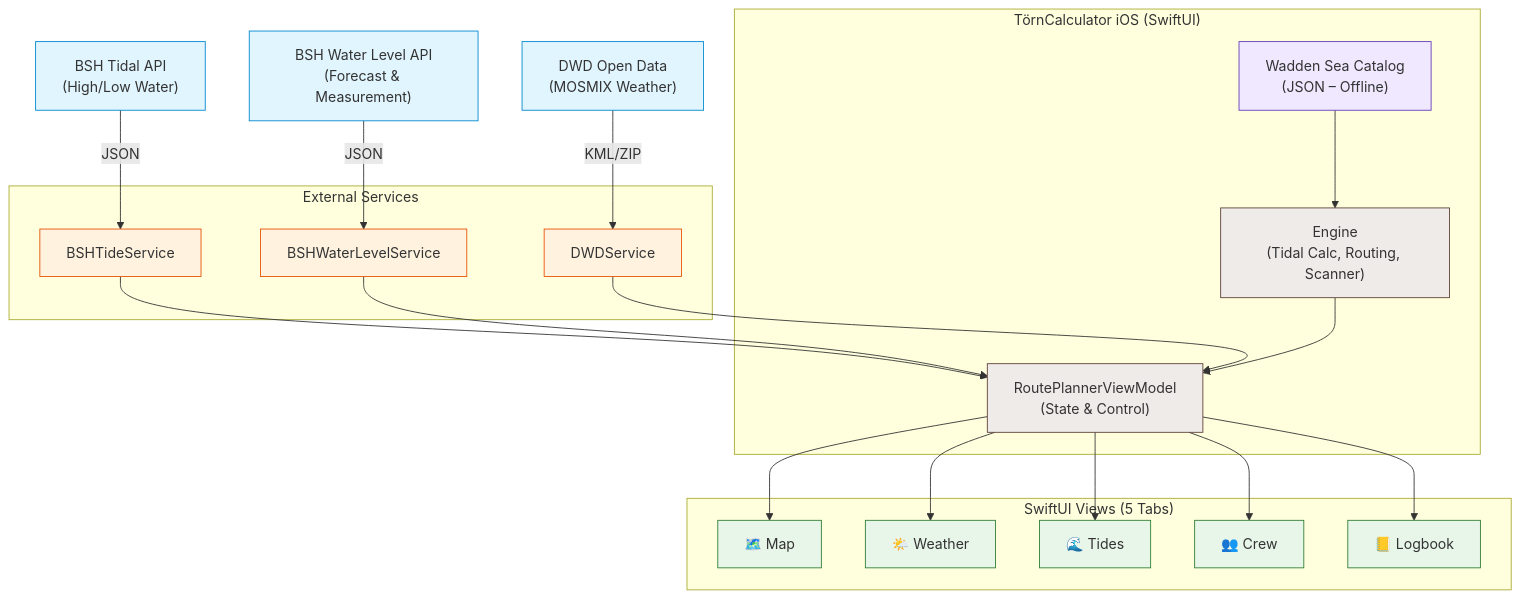
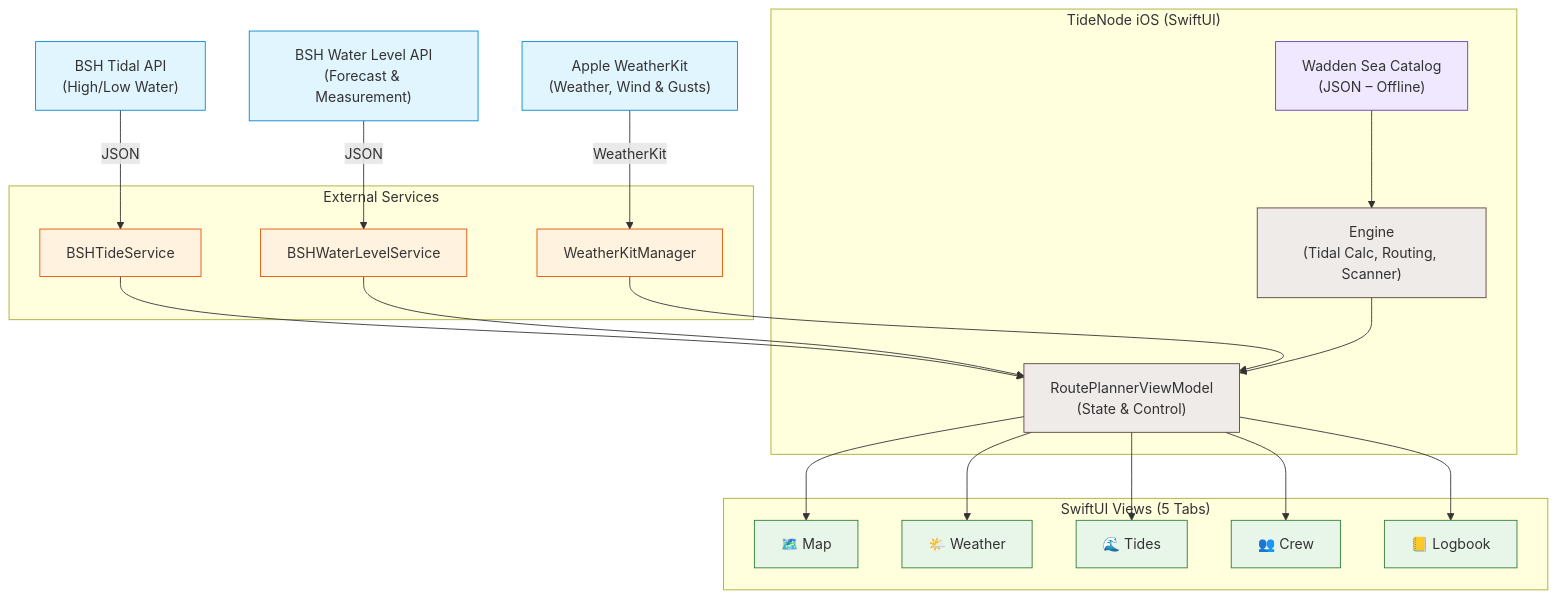
One commit to everybodydaniel/Toernberechnung-iOS changed the first of 2 diagrams in README.en.md. Above: the diagram before and after it, drawn with Mermaid. The commit also changed other lines of this file and 109 other files, not shown here.

````diff
--- a/README.en.md
+++ b/README.en.md
@@ -106,46 +107,46 @@
 ```mermaid
 graph TD
     BSH["BSH Tidal API<br/>(High/Low Water)"]:::source
     BSHWL["BSH Water Level API<br/>(Forecast & Measurement)"]:::source
-    DWD["DWD Open Data<br/>(MOSMIX Weather)"]:::source
+    APPLE["Apple WeatherKit<br/>(Weather, Wind & Gusts)"]:::source
 
-    subgraph App ["TörnCalculator iOS (SwiftUI)"]
+    subgraph App ["TideNode iOS (SwiftUI)"]
         VM["RoutePlannerViewModel<br/>(State & Control)"]:::core
         ENGINE["Engine<br/>(Tidal Calc, Routing, Scanner)"]:::core
         CATALOG["Wadden Sea Catalog<br/>(JSON – Offline)"]:::storage
     end
 
     subgraph Services ["External Services"]
         BSHS["BSHTideService"]:::service
         BSHWLS["BSHWaterLevelService"]:::service
-        DWDS["DWDService"]:::service
+        WKS["WeatherKitManager"]:::service
     end
 
     subgraph UI ["SwiftUI Views (5 Tabs)"]
         MAP["🗺️ Map"]:::client
         WEATHER["🌤️ Weather"]:::client
         TIDES["🌊 Tides"]:::client
         CREW["👥 Crew"]:::client
         LOG["📒 Logbook"]:::client
     end
 
     BSH -->|JSON| BSHS
     BSHWL -->|JSON| BSHWLS
-    DWD -->|KML/ZIP| DWDS
+    APPLE -->|WeatherKit| WKS
     BSHS --> VM
     BSHWLS --> VM
-    DWDS --> VM
+    WKS --> VM
     CATALOG --> ENGINE
     ENGINE --> VM
     VM --> MAP
     VM --> WEATHER
     VM --> TIDES
     VM --> CREW
     VM --> LOG
 
     classDef source fill:#e1f5fe,stroke:#0288d1,stroke-width:1px;
     classDef core fill:#efebe9,stroke:#5d4037,stroke-width:1px;
     classDef storage fill:#efe8ff,stroke:#673ab7,stroke-width:1px;
     classDef service fill:#fff3e0,stroke:#e65100,stroke-width:1px;
     classDef client fill:#e8f5e9,stroke:#2e7d32,stroke-width:1px;
 ```
````
